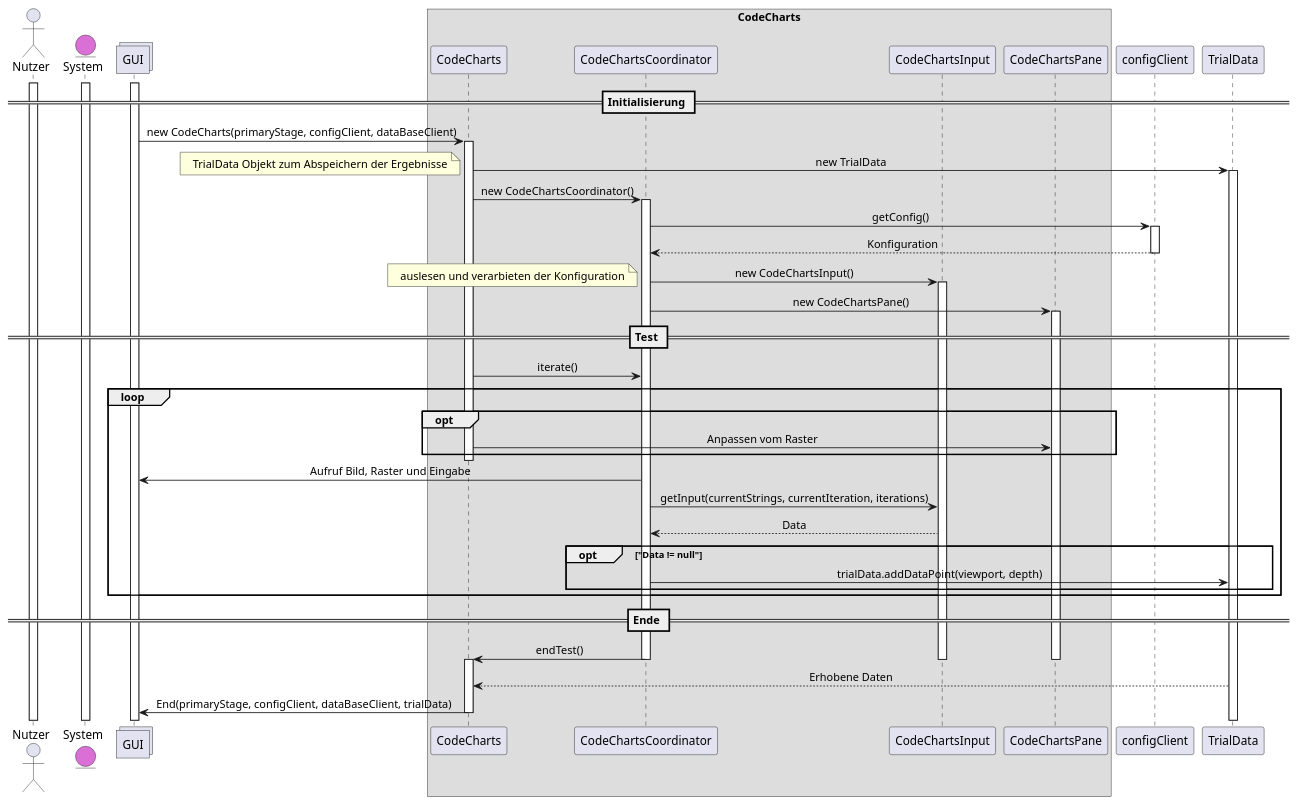
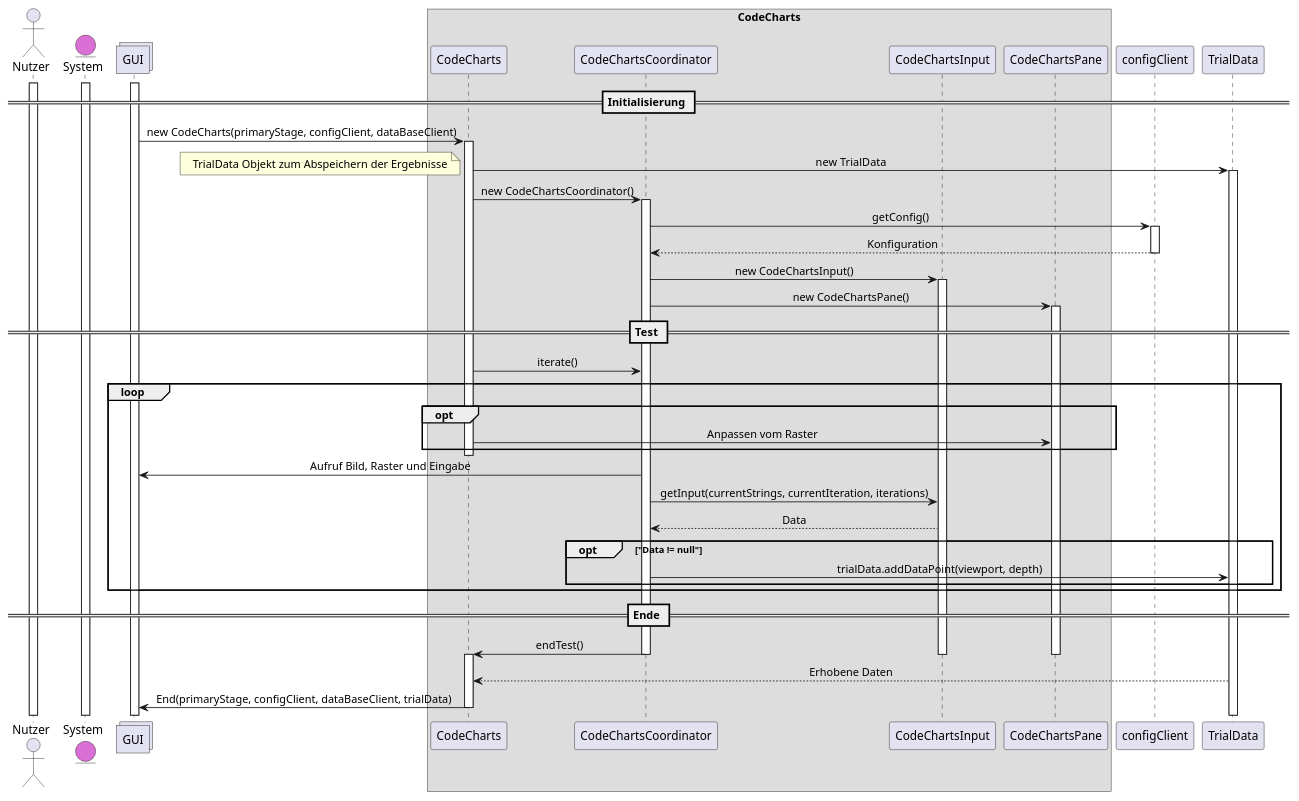
One commit to weichware-10/dokumente changed the diagram in uml-sequence/codecharts/sequenz-codecharts.puml. Above: the diagram before and after it, drawn with PlantUML.

Commit message:
[fix] note entfernt

```diff
--- a/uml-sequence/codecharts/sequenz-codecharts.puml
+++ b/uml-sequence/codecharts/sequenz-codecharts.puml
@@ -1,67 +1,66 @@
 @startuml codecharts
 skinparam defaultTextAlignment center
 
 actor       Nutzer          as n
 entity      System          as s    #DA70D5
 collections GUI             as g
 
 box CodeCharts
 
 participant CodeCharts              as cc
 participant CodeChartsCoordinator   as co
 participant CodeChartsInput         as ci
 participant CodeChartsPane          as cp
 end box
 
 participant configClient            as c
 participant TrialData               as td
 
 activate n
 activate s
 activate g
 
 == Initialisierung ==
 g -> cc : new CodeCharts(primaryStage, configClient, dataBaseClient)
 activate cc
 cc -> td : new TrialData
 activate td
 note left: TrialData Objekt zum Abspeichern der Ergebnisse
 cc -> co : new CodeChartsCoordinator()
 activate co
 co -> c : getConfig()
 activate c
 c --> co : Konfiguration
 deactivate c
 co -> ci : new CodeChartsInput()
 activate ci
-note left : auslesen und verarbieten der Konfiguration
 co -> cp : new CodeChartsPane()
 activate cp
 
 == Test ==
 cc -> co : iterate()
 loop
     opt
         cc -> cp : Anpassen vom Raster
     end
     deactivate cc
     activate co
     co -> g : Aufruf Bild, Raster und Eingabe
     co -> ci : getInput(currentStrings, currentIteration, iterations)
     ci --> co : Data
     opt "Data != null"
         co -> td : trialData.addDataPoint(viewport, depth)
     end
 end
 
 == Ende == 
 co -> cc : endTest()
 deactivate co
 deactivate cp
 deactivate ci
 activate cc
 td --> cc : Erhobene Daten
 cc -> g : End(primaryStage, configClient, dataBaseClient, trialData)
 deactivate cc
 
 @enduml
```
